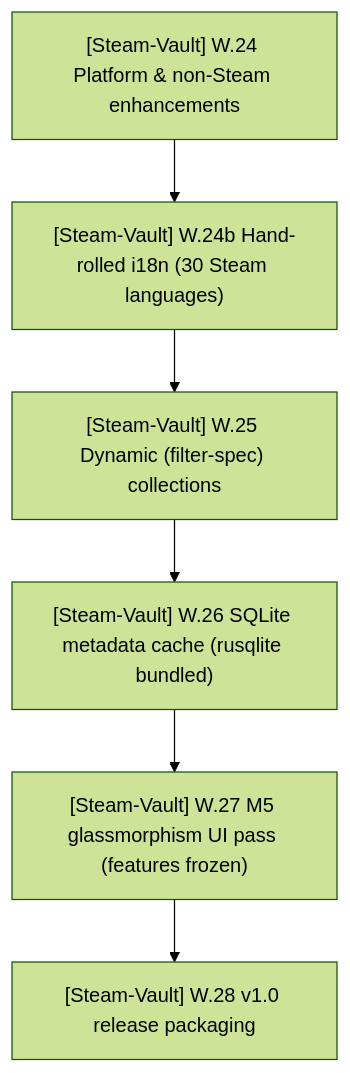
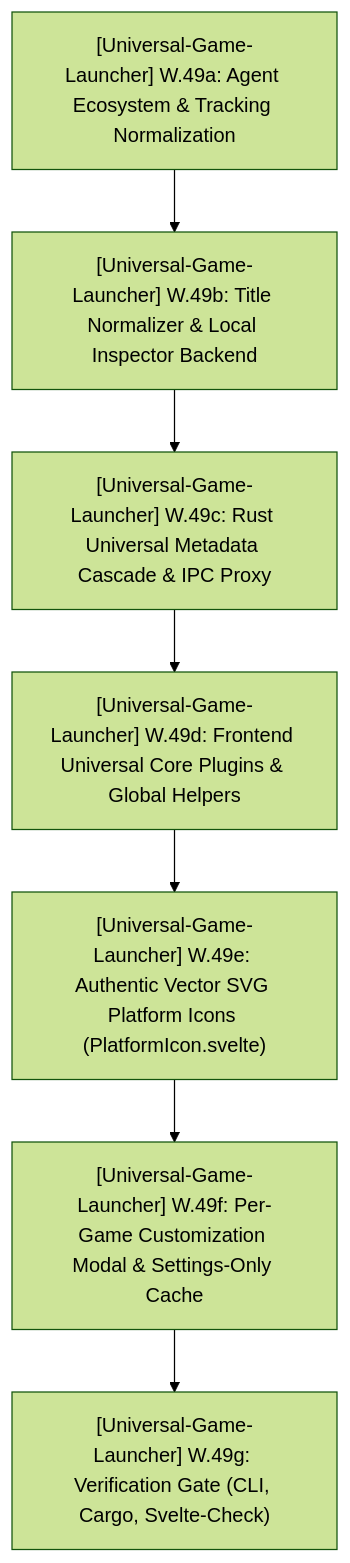
Before and after one commit to HELIX-Origin/agents: the diagram in PLAN.md, drawn with Mermaid (forest theme). The commit also changed other lines of this file and 34 other files, not shown here.

First line of the commit message:
Add comprehensive documentation for Game Metadata Providers and multi-source enrichment

````diff
--- a/PLAN.md
+++ b/PLAN.md
@@ -432,8 +28,9 @@
 ```mermaid
 flowchart TD
-    S6_Platform["[Steam-Vault] W.24 Platform & non-Steam enhancements"] --> S6_I18n["[Steam-Vault] W.24b Hand-rolled i18n (30 Steam languages)"]
-    S6_I18n --> S6_Dyn["[Steam-Vault] W.25 Dynamic (filter-spec) collections"]
-    S6_Dyn --> S6_Sql["[Steam-Vault] W.26 SQLite metadata cache (rusqlite bundled)"]
-    S6_Sql --> S6_Ui["[Steam-Vault] W.27 M5 glassmorphism UI pass (features frozen)"]
-    S6_Ui --> S6_Rel["[Steam-Vault] W.28 v1.0 release packaging"]
+    S26_1["[Universal-Game-Launcher] W.49a: Agent Ecosystem & Tracking Normalization"] --> S26_2["[Universal-Game-Launcher] W.49b: Title Normalizer & Local Inspector Backend"]
+    S26_2 --> S26_3["[Universal-Game-Launcher] W.49c: Rust Universal Metadata Cascade & IPC Proxy"]
+    S26_3 --> S26_4["[Universal-Game-Launcher] W.49d: Frontend Universal Core Plugins & Global Helpers"]
+    S26_4 --> S26_5["[Universal-Game-Launcher] W.49e: Authentic Vector SVG Platform Icons (PlatformIcon.svelte)"]
+    S26_5 --> S26_6["[Universal-Game-Launcher] W.49f: Per-Game Customization Modal & Settings-Only Cache"]
+    S26_6 --> S26_Gate["[Universal-Game-Launcher] W.49g: Verification Gate (CLI, Cargo, Svelte-Check)"]
 ```
````
